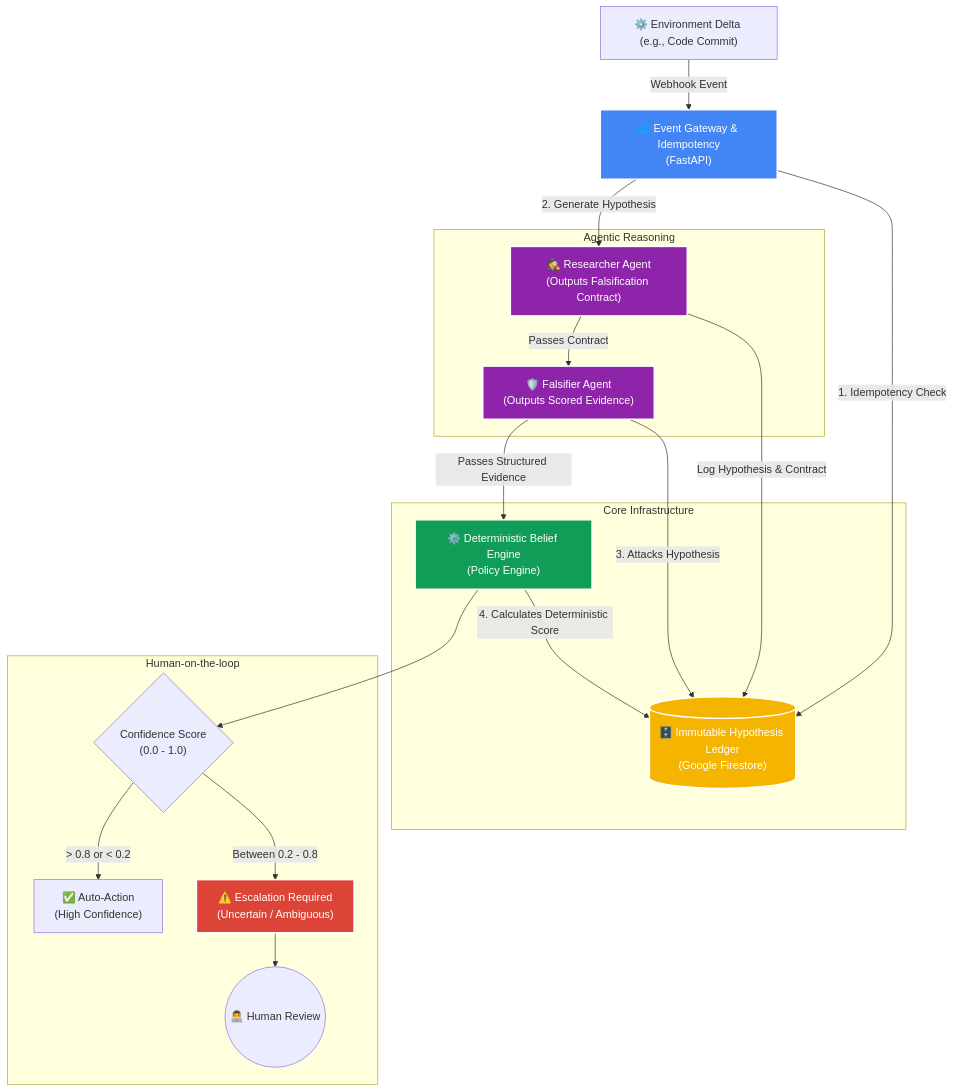
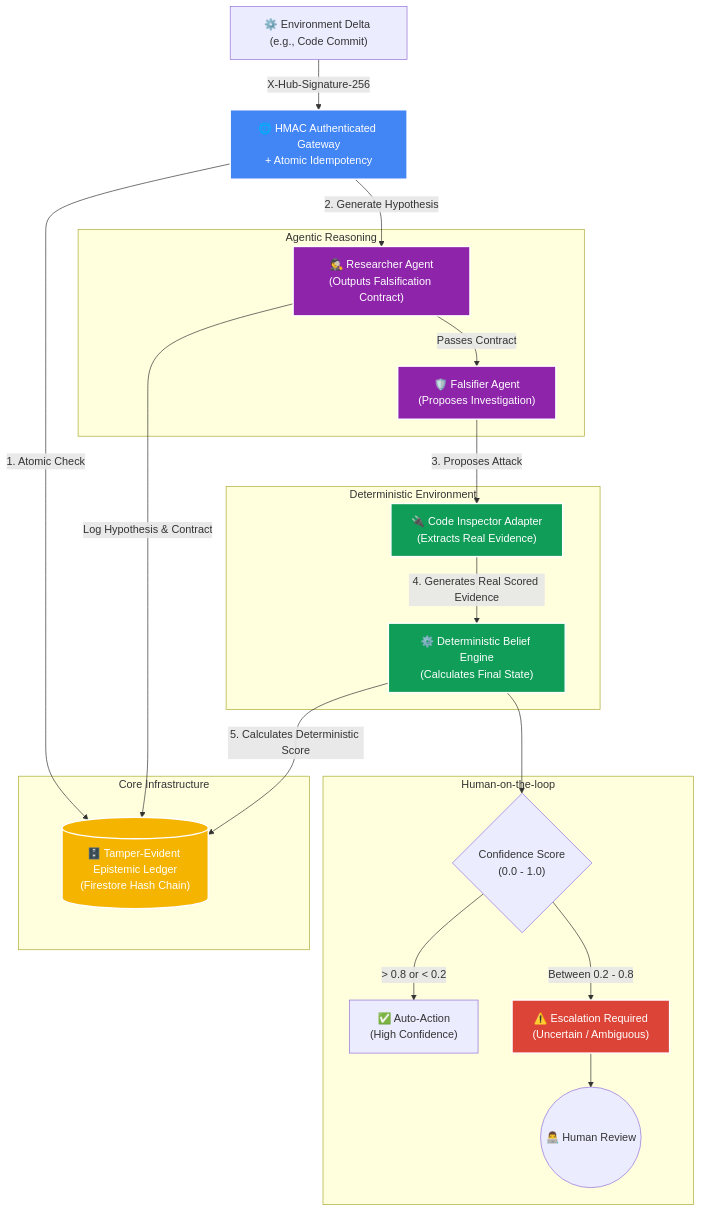
One commit to wijaywi/WinjayAgent changed the diagram in README.md. Above: the diagram before and after it, drawn with Mermaid. The commit also changed other lines of this file and 1 other file, not shown here.

Commit message:
docs: Align documentation with final architectural audit
- Updated README to highlight Tamper-Evident Hash Chains
- Highlighted Deterministic Code Adapters vs LLM hallucination
- Changed overclaims to 'production-inspired reliability architecture'
- Updated Mermaid diagram to include Adapters and HMAC Auth

````diff
--- a/README.md
+++ b/README.md
@@ -20,48 +20,52 @@
 ```mermaid
 flowchart TD
     %% Styling
     classDef gcp fill:#4285F4,stroke:#fff,stroke-width:2px,color:#fff;
     classDef gemini fill:#8E24AA,stroke:#fff,stroke-width:2px,color:#fff;
     classDef db fill:#F4B400,stroke:#fff,stroke-width:2px,color:#fff;
     classDef alert fill:#DB4437,stroke:#fff,stroke-width:2px,color:#fff;
     classDef engine fill:#0F9D58,stroke:#fff,stroke-width:2px,color:#fff;
 
     %% Nodes
     Trigger["⚙️ Environment Delta (e.g., Code Commit)"]
-    API["🌐 Event Gateway & Idempotency<br/>(FastAPI)"]:::gcp
+    API["🌐 HMAC Authenticated Gateway<br/>+ Atomic Idempotency"]:::gcp
 
     subgraph Agentic Reasoning
         R["🕵️ Researcher Agent<br/>(Outputs Falsification Contract)"]:::gemini
-        F["🛡️ Falsifier Agent<br/>(Outputs Scored Evidence)"]:::gemini
+        F["🛡️ Falsifier Agent<br/>(Proposes Investigation)"]:::gemini
+    end
+
+    subgraph Deterministic Environment
+        ADA["🔌 Code Inspector Adapter<br/>(Extracts Real Evidence)"]:::engine
+        BE["⚙️ Deterministic Belief Engine<br/>(Calculates Final State)"]:::engine
     end
 
     subgraph Core Infrastructure
-        DB[("🗄️ Immutable Hypothesis Ledger<br/>(Google Firestore)")]:::db
-        BE["⚙️ Deterministic Belief Engine<br/>(Policy Engine)"]:::engine
+        DB[("🗄️ Tamper-Evident Epistemic Ledger<br/>(Firestore Hash Chain)")]:::db
     end
 
     subgraph Human-on-the-loop
         Eval{"Confidence Score<br/>(0.0 - 1.0)"}
         ActionAuto["✅ Auto-Action<br/>(High Confidence)"]
         ActionEscalate["⚠️ Escalation Required<br/>(Uncertain / Ambiguous)"]:::alert
         Human(("👨‍💻 Human Review"))
     end
 
     %% Flow
-    Trigger -->|Webhook Event| API
-    API -->|1. Idempotency Check| DB
+    Trigger -->|X-Hub-Signature-256| API
+    API -->|1. Atomic Check| DB
     API -->|2. Generate Hypothesis| R
     
     R -->|Log Hypothesis & Contract| DB
     R -->|Passes Contract| F
     
-    F -->|3. Attacks Hypothesis| DB
-    F -->|Passes Structured Evidence| BE
+    F -->|3. Proposes Attack| ADA
+    ADA -->|4. Generates Real Scored Evidence| BE
     
-    BE -->|4. Calculates Deterministic Score| DB
+    BE -->|5. Calculates Deterministic Score| DB
     BE --> Eval
     
     Eval -->|> 0.8 or < 0.2| ActionAuto
     Eval -->|Between 0.2 - 0.8| ActionEscalate
     ActionEscalate --> Human
 ```
````
